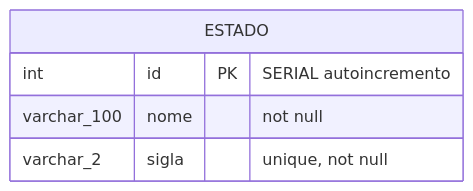
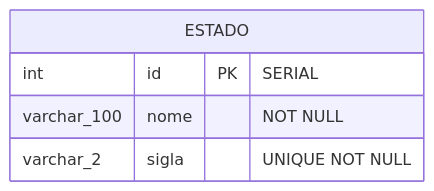
Diagram 15 of 19 in 3º Semestre/[Prof. Jefferson Passerini] Laboratório de Programação III/Resumos-IA/Caderno-Consolidado.md (murilolol/unifef), drawn with Mermaid before and after one commit. The commit also changed other lines of this file and 25 other files, not shown here.

````diff
--- a/3º Semestre/[Prof. Jefferson Passerini] Laboratório de Programação III/Resumos-IA/Caderno-Consolidado.md
+++ b/3º Semestre/[Prof. Jefferson Passerini] Laboratório de Programação III/Resumos-IA/Caderno-Consolidado.md
@@ -1705,8 +1434,8 @@
 ```mermaid
 erDiagram
     ESTADO {
-        int id PK "SERIAL autoincremento"
-        varchar_100 nome "not null"
-        varchar_2 sigla "unique, not null"
+        int id PK "SERIAL"
+        varchar_100 nome "NOT NULL"
+        varchar_2 sigla "UNIQUE NOT NULL"
     }
 ```
````
